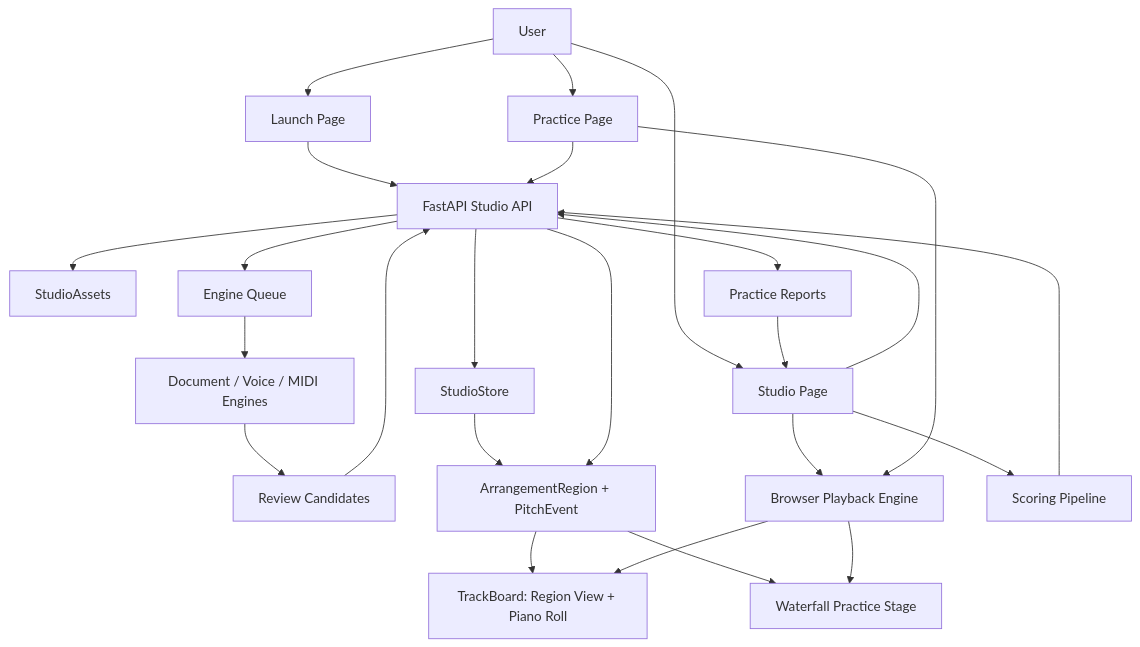
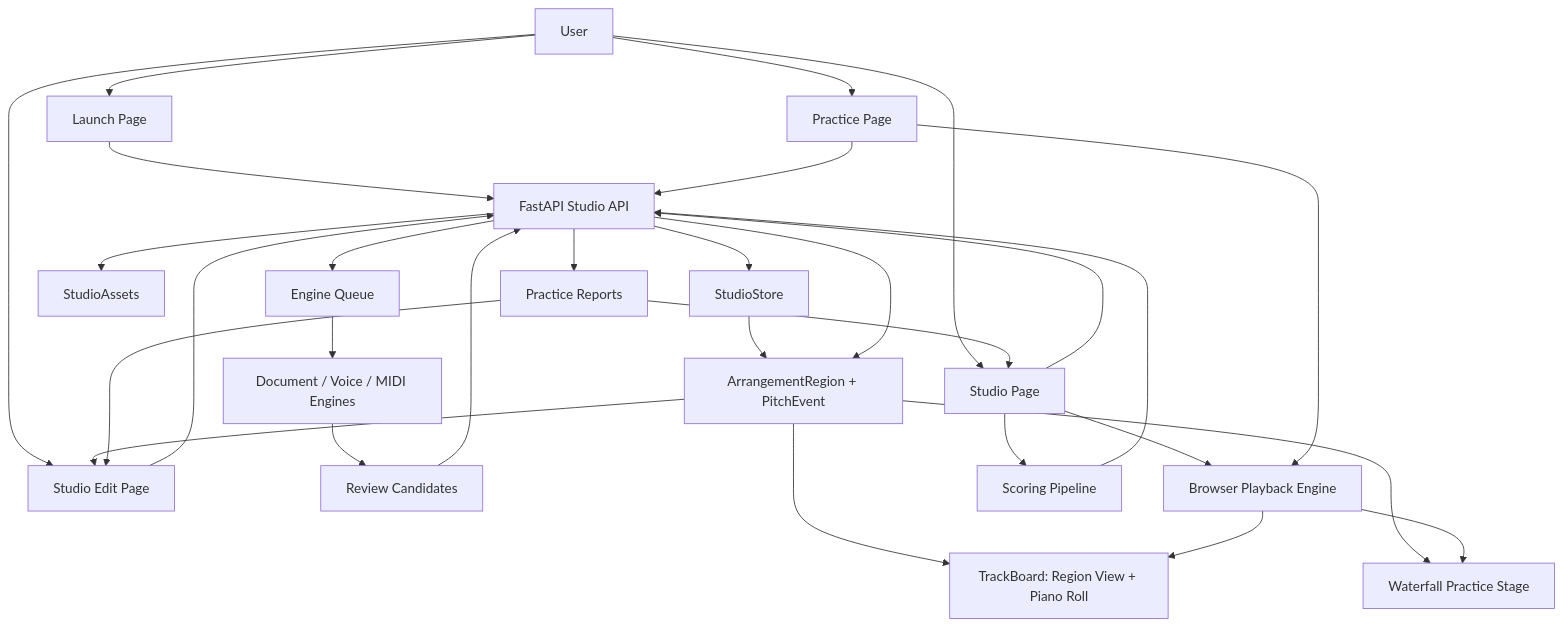
Before and after one commit to daeyeonkkk/GigaStudy: the diagram in PROJECT_FOUNDATION/CURRENT_ARCHITECTURE.md, drawn with Mermaid. The commit also changed other lines of this file and 8 other files, not shown here.

````diff
--- a/PROJECT_FOUNDATION/CURRENT_ARCHITECTURE.md
+++ b/PROJECT_FOUNDATION/CURRENT_ARCHITECTURE.md
@@ -119,44 +146,49 @@
 ```mermaid
 flowchart TD
   User["User"]
   Launch["Launch Page"]
   StudioPage["Studio Page"]
+  StudioEditPage["Studio Edit Page"]
   PracticePage["Practice Page"]
   TrackBoard["TrackBoard: Region View + Piano Roll"]
   Waterfall["Waterfall Practice Stage"]
   API["FastAPI Studio API"]
   Store["StudioStore"]
   Assets["StudioAssets"]
   Queue["Engine Queue"]
   Engines["Document / Voice / MIDI Engines"]
   Candidates["Review Candidates"]
   Regions["ArrangementRegion + PitchEvent"]
   Playback["Browser Playback Engine"]
   Scoring["Scoring Pipeline"]
   Reports["Practice Reports"]
 
   User --> Launch
   User --> StudioPage
+  User --> StudioEditPage
   User --> PracticePage
   Launch --> API
   StudioPage --> API
+  StudioEditPage --> API
   PracticePage --> API
   API --> Store
   API --> Assets
   API --> Queue
   Queue --> Engines
   Engines --> Candidates
   Candidates --> API
   Store --> Regions
   API --> Regions
   Regions --> TrackBoard
+  Regions --> StudioEditPage
   Regions --> Waterfall
   StudioPage --> Playback
   PracticePage --> Playback
   Playback --> TrackBoard
   Playback --> Waterfall
   StudioPage --> Scoring
   Scoring --> API
   API --> Reports
   Reports --> StudioPage
+  Reports --> StudioEditPage
 ```
````
